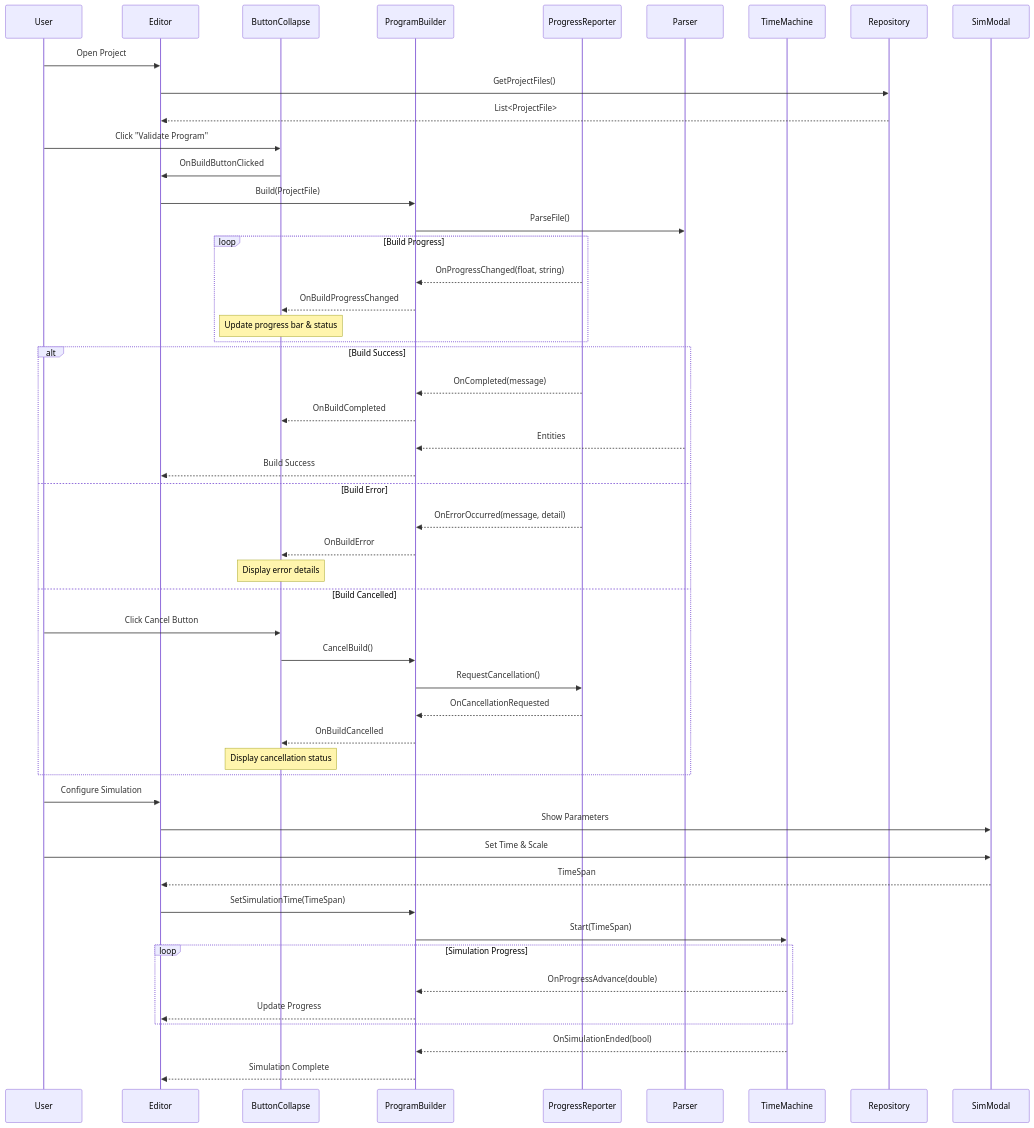
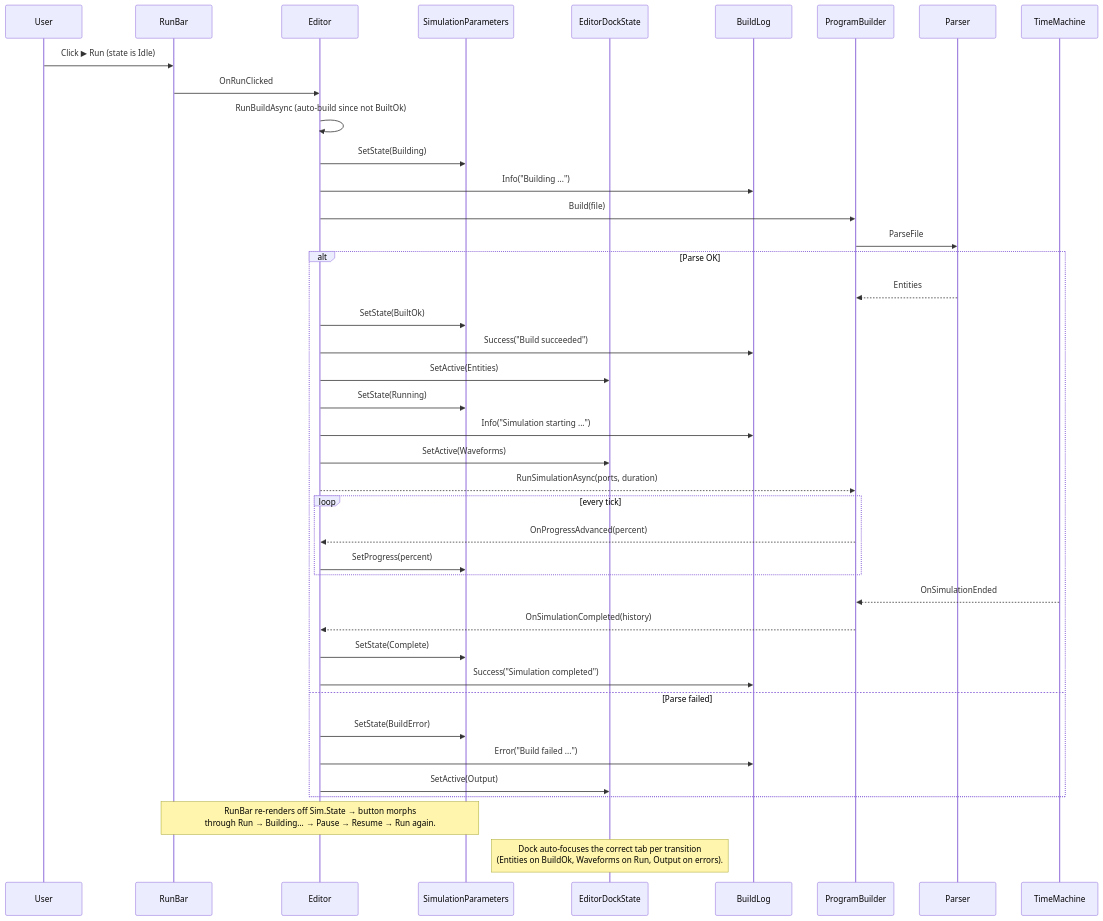
Before and after one commit to Kmila9s/Kmila: diagram 11 of 12 in README.md, drawn with Mermaid. The commit also changed other lines of this file and 346 other files, not shown here.

````diff
--- a/README.md
+++ b/README.md
@@ -626,60 +665,46 @@
 ```mermaid
 sequenceDiagram
     participant User
+    participant RunBar
     participant Editor
-    participant ButtonCollapse
-    participant ProgramBuilder
-    participant ProgressReporter
+    participant Sim as SimulationParameters
+    participant Dock as EditorDockState
+    participant BL as BuildLog
+    participant PB as ProgramBuilder
     participant Parser
     participant TimeMachine
-    participant Repository
 
-    User->>Editor: Open Project
-    Editor->>Repository: GetProjectFiles()
-    Repository-->>Editor: List<ProjectFile>
+    User->>RunBar: Click ▶ Run (state is Idle)
+    RunBar->>Editor: OnRunClicked
+    Editor->>Editor: RunBuildAsync (auto-build since not BuiltOk)
+    Editor->>Sim: SetState(Building)
+    Editor->>BL: Info("Building ...")
+    Editor->>PB: Build(file)
+    PB->>Parser: ParseFile
+    alt Parse OK
+        Parser-->>PB: Entities
+        Editor->>Sim: SetState(BuiltOk)
+        Editor->>BL: Success("Build succeeded")
+        Editor->>Dock: SetActive(Entities)
 
-    User->>ButtonCollapse: Click "Validate Program"
-    ButtonCollapse->>Editor: OnBuildButtonClicked
-    Editor->>ProgramBuilder: Build(ProjectFile)
-    ProgramBuilder->>Parser: ParseFile()
-
-    loop Build Progress
-        ProgressReporter-->>ProgramBuilder: OnProgressChanged(float, string)
-        ProgramBuilder-->>ButtonCollapse: OnBuildProgressChanged
-        Note over ButtonCollapse: Update progress bar & status
+        Editor->>Sim: SetState(Running)
+        Editor->>BL: Info("Simulation starting ...")
+        Editor->>Dock: SetActive(Waveforms)
+        Editor-->>PB: RunSimulationAsync(ports, duration)
+        loop every tick
+            PB-->>Editor: OnProgressAdvanced(percent)
+            Editor->>Sim: SetProgress(percent)
+        end
+        TimeMachine-->>PB: OnSimulationEnded
+        PB-->>Editor: OnSimulationCompleted(history)
+        Editor->>Sim: SetState(Complete)
+        Editor->>BL: Success("Simulation completed")
+    else Parse failed
+        Editor->>Sim: SetState(BuildError)
+        Editor->>BL: Error("Build failed ...")
+        Editor->>Dock: SetActive(Output)
     end
 
-    alt Build Success
-        ProgressReporter-->>ProgramBuilder: OnCompleted(message)
-        ProgramBuilder-->>ButtonCollapse: OnBuildCompleted
-        Parser-->>ProgramBuilder: Entities
-        ProgramBuilder-->>Editor: Build Success
-    else Build Error
-        ProgressReporter-->>ProgramBuilder: OnErrorOccurred(message, detail)
-        ProgramBuilder-->>ButtonCollapse: OnBuildError
-        Note over ButtonCollapse: Display error details
-    else Build Cancelled
-        User->>ButtonCollapse: Click Cancel Button
-        ButtonCollapse->>ProgramBuilder: CancelBuild()
-        ProgramBuilder->>ProgressReporter: RequestCancellation()
-        ProgressReporter-->>ProgramBuilder: OnCancellationRequested
-        ProgramBuilder-->>ButtonCollapse: OnBuildCancelled
-        Note over ButtonCollapse: Display cancellation status
-    end
-
-    User->>Editor: Configure Simulation
-    Editor->>SimModal: Show Parameters
-    User->>SimModal: Set Time & Scale
-    SimModal-->>Editor: TimeSpan
-
-    Editor->>ProgramBuilder: SetSimulationTime(TimeSpan)
-    ProgramBuilder->>TimeMachine: Start(TimeSpan)
-
-    loop Simulation Progress
-        TimeMachine-->>ProgramBuilder: OnProgressAdvance(double)
-        ProgramBuilder-->>Editor: Update Progress
-    end
-
-    TimeMachine-->>ProgramBuilder: OnSimulationEnded(bool)
-    ProgramBuilder-->>Editor: Simulation Complete
+    Note over RunBar,Sim: RunBar re-renders off Sim.State → button morphs<br/>through Run → Building… → Pause → Resume → Run again.
+    Note over Dock: Dock auto-focuses the correct tab per transition<br/>(Entities on BuildOk, Waveforms on Run, Output on errors).
 ```
````
